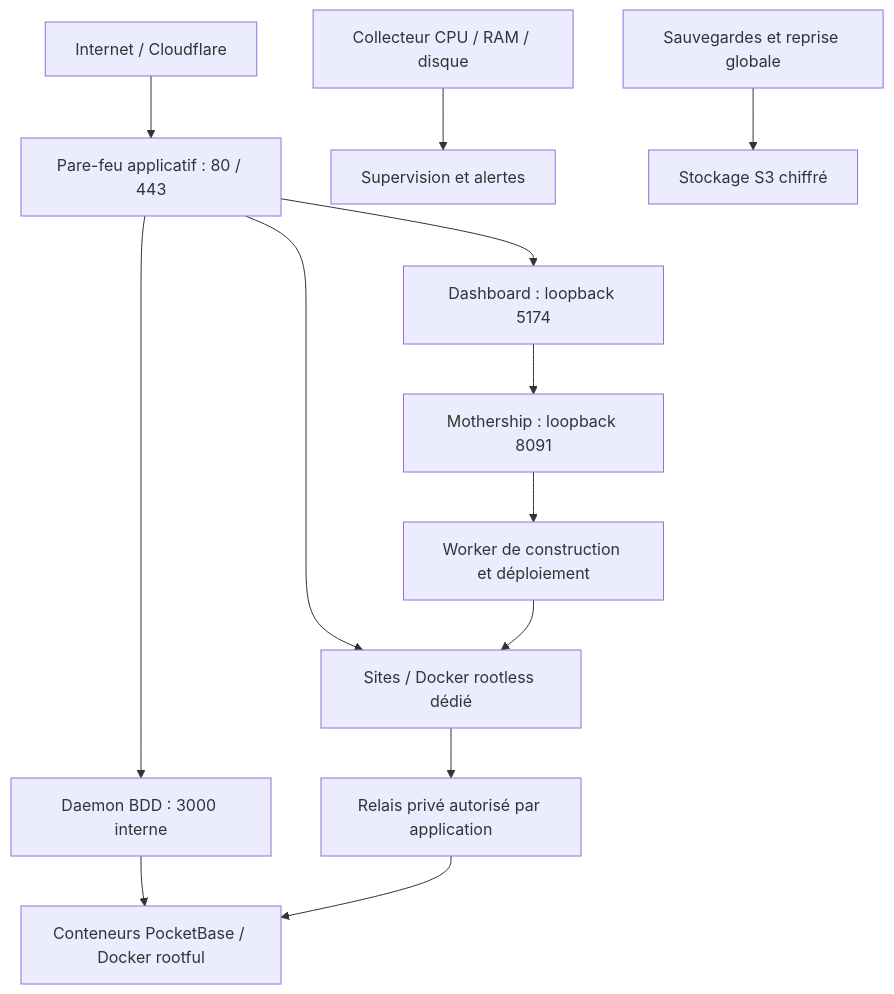
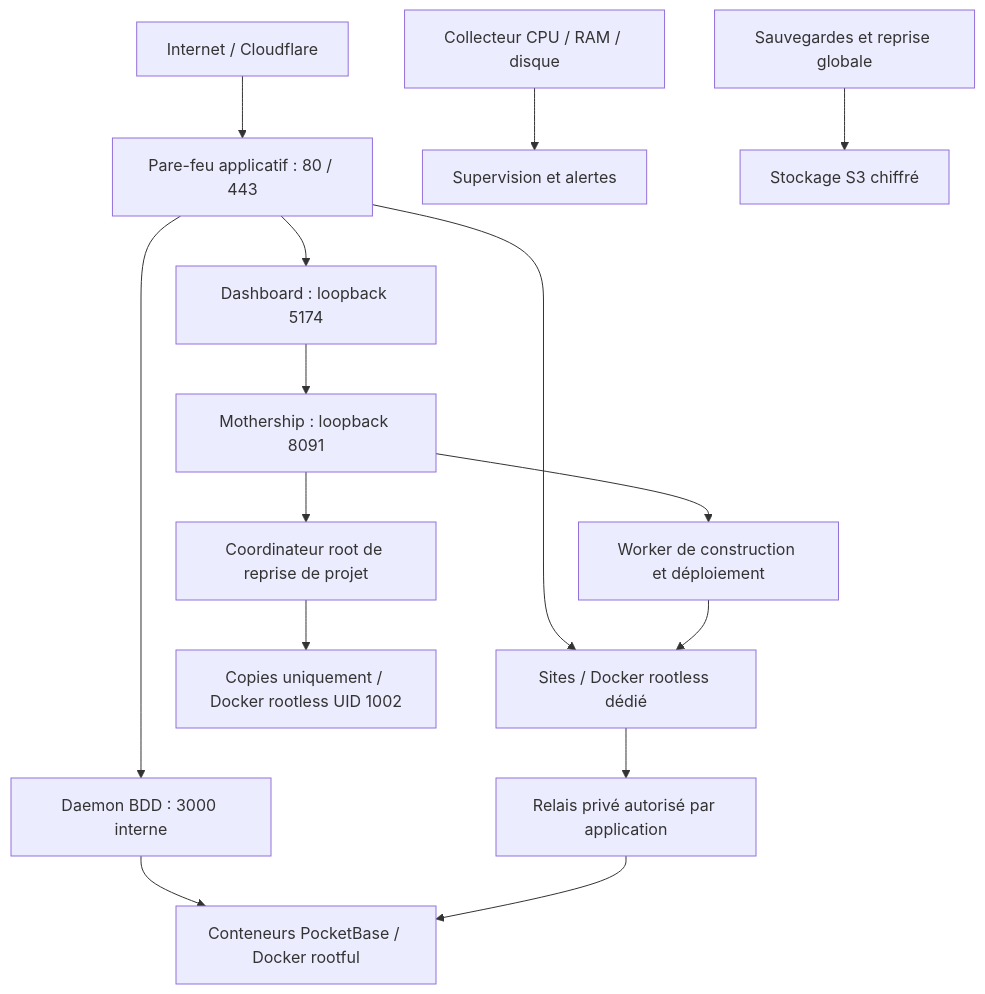
One commit to gg97430/pockethost changed the diagram in docs/hosting/nouveau-serveur-kolab.md. Above: the diagram before and after it, drawn with Mermaid. The commit also changed other lines of this file and 134 other files, not shown here.

````diff
--- a/docs/hosting/nouveau-serveur-kolab.md
+++ b/docs/hosting/nouveau-serveur-kolab.md
@@ -69,15 +75,17 @@
 ```mermaid
 flowchart TB
   internet[Internet / Cloudflare] --> firewall[Pare-feu applicatif : 80 / 443]
   firewall --> dashboard[Dashboard : loopback 5174]
   dashboard --> control[Mothership : loopback 8091]
   firewall --> edge[Daemon BDD : 3000 interne]
   edge --> db[Conteneurs PocketBase / Docker rootful]
   firewall --> web[Sites / Docker rootless dédié]
   control --> worker[Worker de construction et déploiement]
   worker --> web
   web --> bridge[Relais privé autorisé par application]
   bridge --> db
   metrics[Collecteur CPU / RAM / disque] --> supervision[Supervision et alertes]
   recovery[Sauvegardes et reprise globale] --> s3[Stockage S3 chiffré]
+  control --> projectRecovery[Coordinateur root de reprise de projet]
+  projectRecovery --> sandbox[Copies uniquement / Docker rootless UID 1002]
 ```
````
